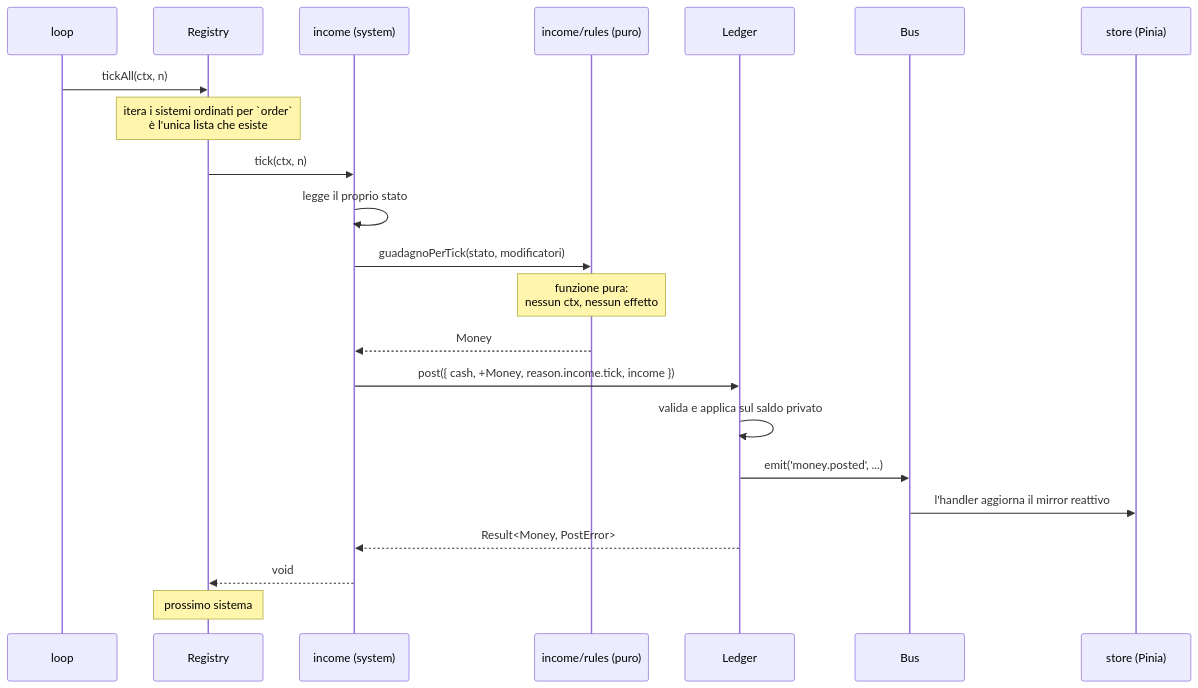
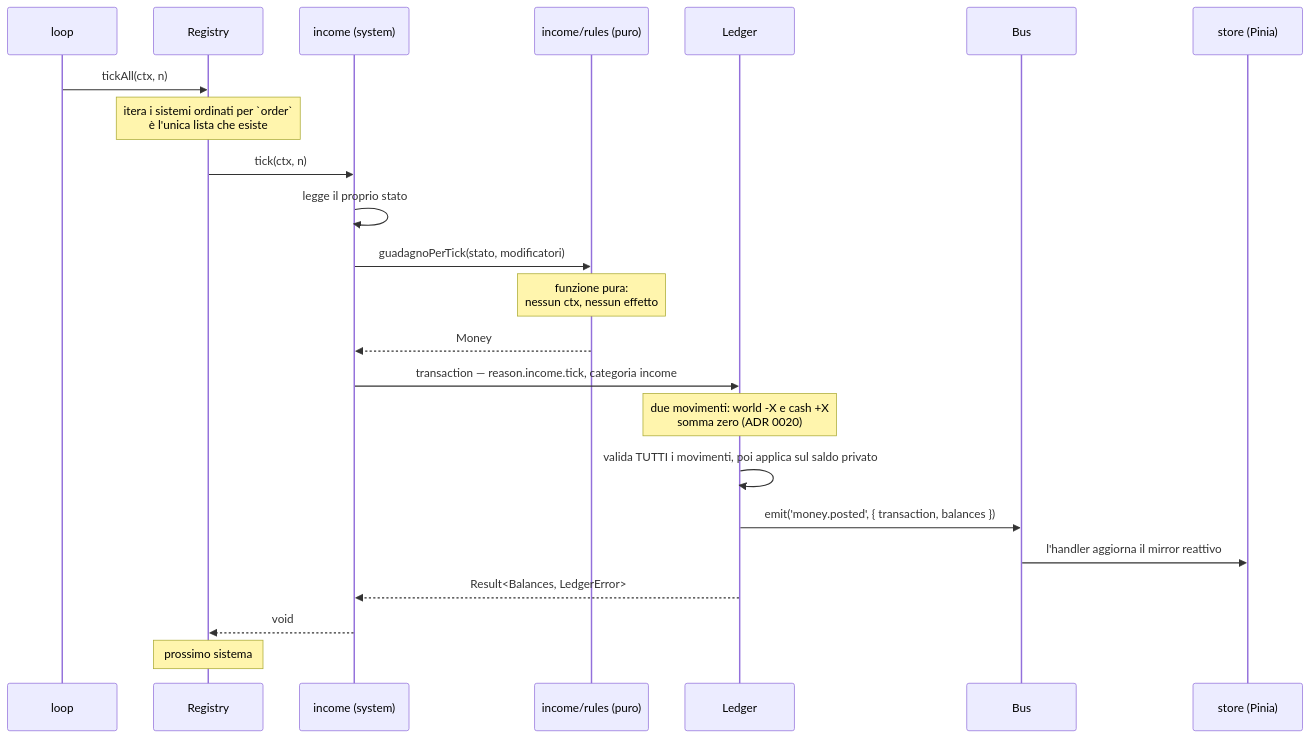
Before and after one commit to devfrx/solvent: the second of 3 diagrams in docs/design/flusso-tick.md, drawn with Mermaid. The commit also changed other lines of this file and 9 other files, not shown here.

````diff
--- a/docs/design/flusso-tick.md
+++ b/docs/design/flusso-tick.md
@@ -38,25 +41,26 @@
 ```mermaid
 sequenceDiagram
     participant L as loop
     participant R as Registry
     participant S as income (system)
     participant P as income/rules (puro)
     participant LG as Ledger
     participant B as Bus
     participant ST as store (Pinia)
 
     L->>R: tickAll(ctx, n)
     Note over R: itera i sistemi ordinati per `order`<br/>è l'unica lista che esiste
     R->>S: tick(ctx, n)
     S->>S: legge il proprio stato
     S->>P: guadagnoPerTick(stato, modificatori)
     Note over P: funzione pura:<br/>nessun ctx, nessun effetto
     P-->>S: Money
-    S->>LG: post({ cash, +Money, reason.income.tick, income })
-    LG->>LG: valida e applica sul saldo privato
-    LG->>B: emit('money.posted', ...)
+    S->>LG: transaction — reason.income.tick, categoria income
+    Note over LG: due movimenti: world -X e cash +X<br/>somma zero (ADR 0020)
+    LG->>LG: valida TUTTI i movimenti, poi applica sul saldo privato
+    LG->>B: emit('money.posted', { transaction, balances })
     B->>ST: l'handler aggiorna il mirror reattivo
-    LG-->>S: Result<Money, PostError>
+    LG-->>S: Result<Balances, LedgerError>
     S-->>R: void
     Note over R: prossimo sistema
 ```
````
